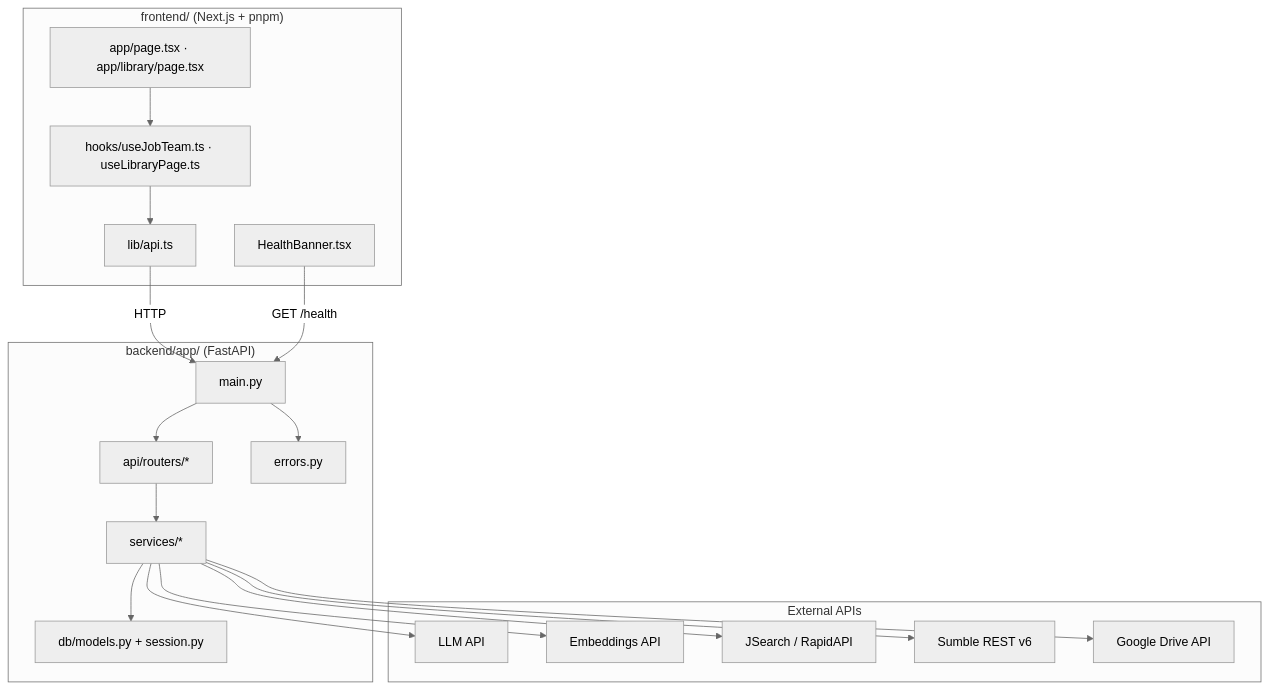
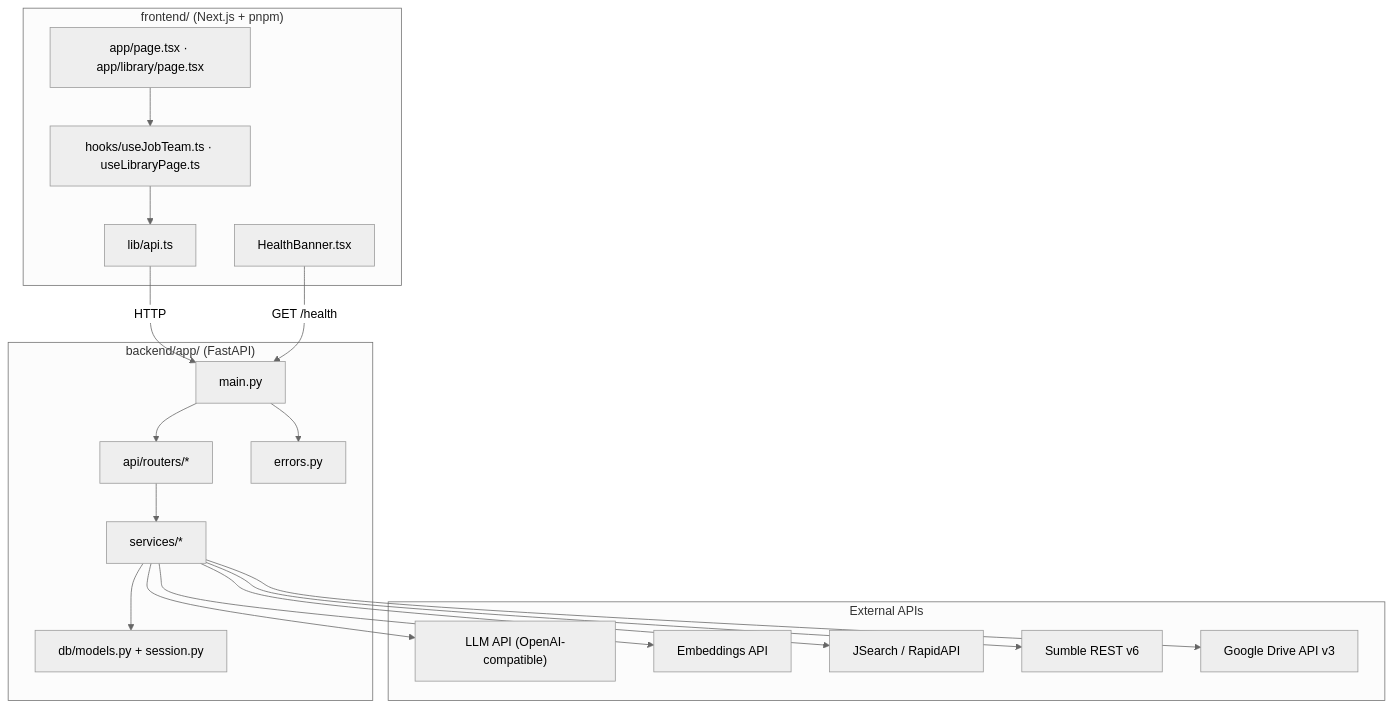
The first of 2 diagrams in CODEBASE.md (kanavgoyal781/teamscout), drawn with Mermaid (neutral theme) before and after one commit. The commit also changed other lines of this file and 102 other files, not shown here.

````diff
--- a/CODEBASE.md
+++ b/CODEBASE.md
@@ -96,37 +115,37 @@
 ```mermaid
 flowchart TB
     subgraph Frontend["frontend/ (Next.js + pnpm)"]
         Pages["app/page.tsx · app/library/page.tsx"]
         API["lib/api.ts"]
         Hooks["hooks/useJobTeam.ts · useLibraryPage.ts"]
         Health["HealthBanner.tsx"]
     end
 
     subgraph Backend["backend/app/ (FastAPI)"]
         Main["main.py"]
         Routers["api/routers/*"]
         Services["services/*"]
         DB["db/models.py + session.py"]
         Errors["errors.py"]
     end
 
     subgraph External["External APIs"]
-        LLM["LLM API"]
+        LLM["LLM API (OpenAI-compatible)"]
         Emb["Embeddings API"]
         JSearch["JSearch / RapidAPI"]
         Sumble["Sumble REST v6"]
-        Drive["Google Drive API"]
+        Drive["Google Drive API v3"]
     end
 
     Pages --> Hooks --> API
     API -->|HTTP| Main
     Health -->|GET /health| Main
     Main --> Routers --> Services
     Services --> DB
     Services --> LLM
     Services --> Emb
     Services --> JSearch
     Services --> Sumble
     Services --> Drive
     Main --> Errors
 ```
````
